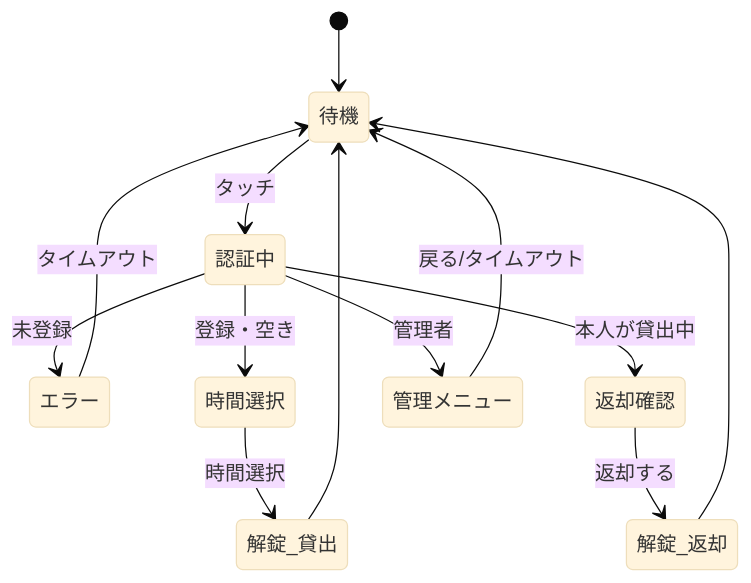
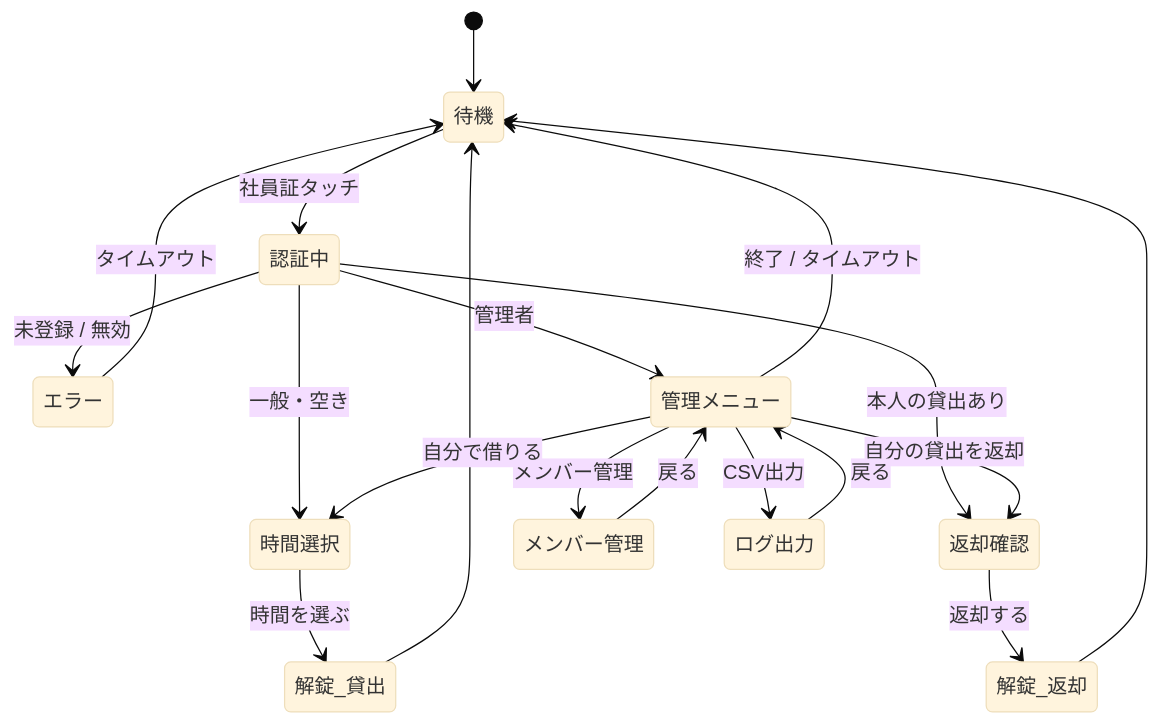
Before and after one commit to ootomonaiso/card: the sixth of 6 diagrams in docs/08_動的設計.md, drawn with Mermaid (base theme). The commit also changed other lines of this file and 7 other files, not shown here.

First line of the commit message:
図面刷新: 回路図を本物のSVG化、drawioを非推奨化

````diff
--- a/docs/08_動的設計.md
+++ b/docs/08_動的設計.md
@@ -136,15 +136,21 @@
 ```mermaid
 stateDiagram-v2
   [*] --> 待機
-  待機 --> 認証中: タッチ
-  認証中 --> エラー: 未登録
-  認証中 --> 時間選択: 登録・空き
-  認証中 --> 返却確認: 本人が貸出中
+  待機 --> 認証中: 社員証タッチ
+  認証中 --> エラー: 未登録 / 無効
+  認証中 --> 時間選択: 一般・空き
+  認証中 --> 返却確認: 本人の貸出あり
   認証中 --> 管理メニュー: 管理者
-  時間選択 --> 解錠_貸出: 時間選択
+  時間選択 --> 解錠_貸出: 時間を選ぶ
   返却確認 --> 解錠_返却: 返却する
+  管理メニュー --> メンバー管理: メンバー管理
+  管理メニュー --> ログ出力: CSV出力
+  管理メニュー --> 時間選択: 自分で借りる
+  管理メニュー --> 返却確認: 自分の貸出を返却
+  メンバー管理 --> 管理メニュー: 戻る
+  ログ出力 --> 管理メニュー: 戻る
   解錠_貸出 --> 待機
   解錠_返却 --> 待機
   エラー --> 待機: タイムアウト
-  管理メニュー --> 待機: 戻る/タイムアウト
+  管理メニュー --> 待機: 終了 / タイムアウト
 ```
````
